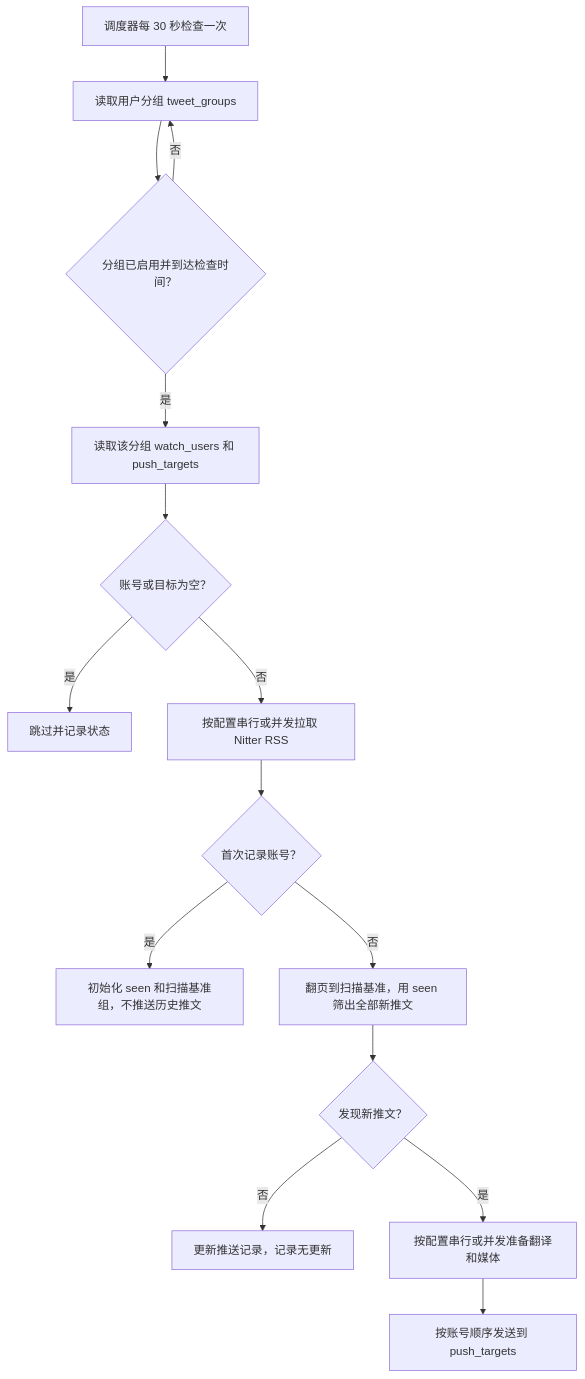
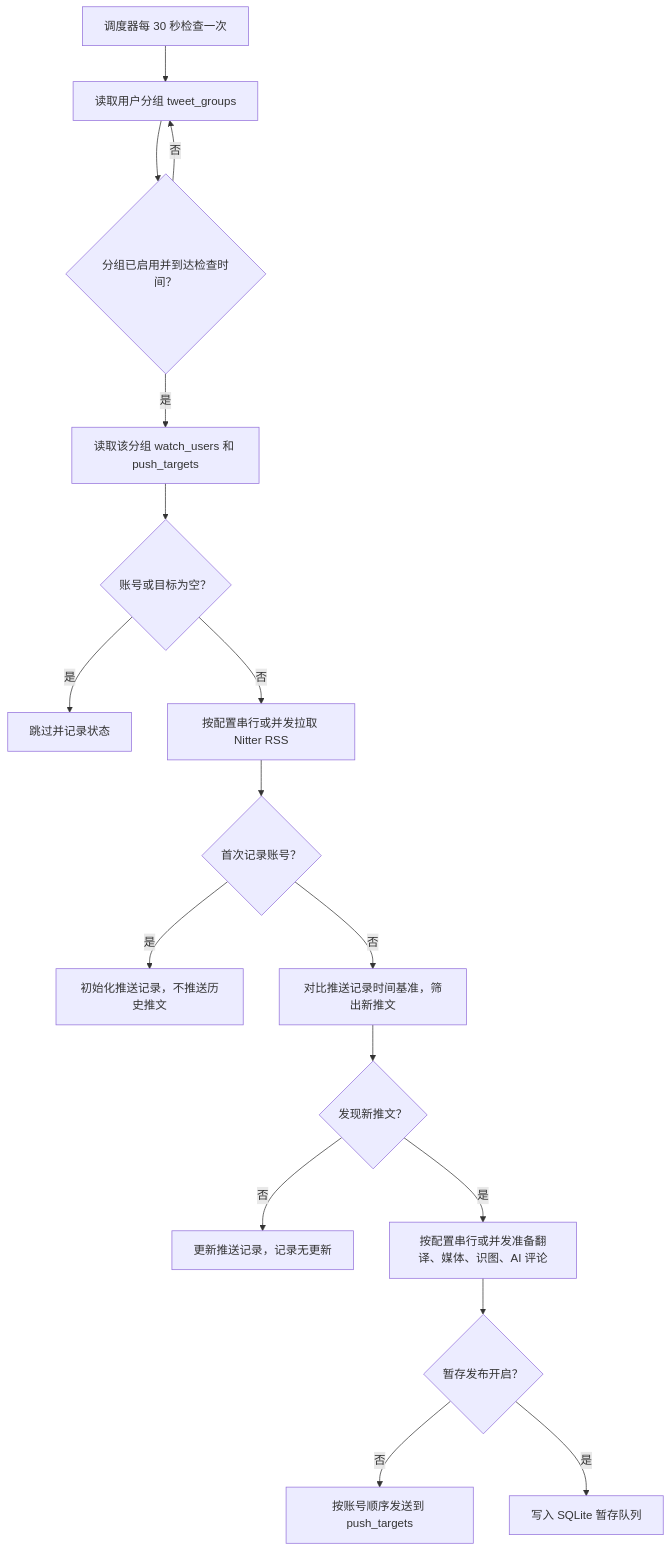
One commit to shitianyaa/astrbot_plugin_nitter_tweets changed the first of 3 diagrams in docs/advanced.md. Above: the diagram before and after it, drawn with Mermaid. The commit also changed other lines of this file and 66 other files, not shown here.

````diff
--- a/docs/advanced.md
+++ b/docs/advanced.md
@@ -24,17 +24,19 @@
 ```mermaid
 flowchart TD
     A["调度器每 30 秒检查一次"] --> B["读取用户分组 tweet_groups"]
     B --> C{"分组已启用并到达检查时间？"}
     C -->|否| B
     C -->|是| D["读取该分组 watch_users 和 push_targets"]
     D --> E{"账号或目标为空？"}
     E -->|是| F["跳过并记录状态"]
     E -->|否| G["按配置串行或并发拉取 Nitter RSS"]
     G --> H{"首次记录账号？"}
-    H -->|是| I["初始化 seen 和扫描基准组，不推送历史推文"]
-    H -->|否| J["翻页到扫描基准，用 seen 筛出全部新推文"]
+    H -->|是| I["初始化推送记录，不推送历史推文"]
+    H -->|否| J["对比推送记录时间基准，筛出新推文"]
     J --> K{"发现新推文？"}
     K -->|否| L["更新推送记录，记录无更新"]
-    K -->|是| M["按配置串行或并发准备翻译和媒体"]
-    M --> O["按账号顺序发送到 push_targets"]
+    K -->|是| M["按配置串行或并发准备翻译、媒体、识图、AI 评论"]
+    M --> N{"暂存发布开启？"}
+    N -->|否| O["按账号顺序发送到 push_targets"]
+    N -->|是| P["写入 SQLite 暂存队列"]
 ```
````
